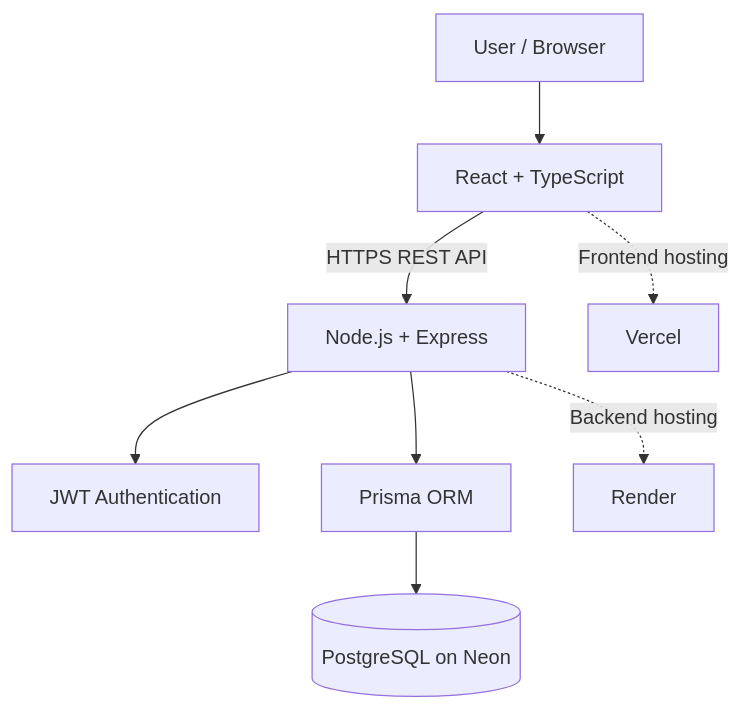
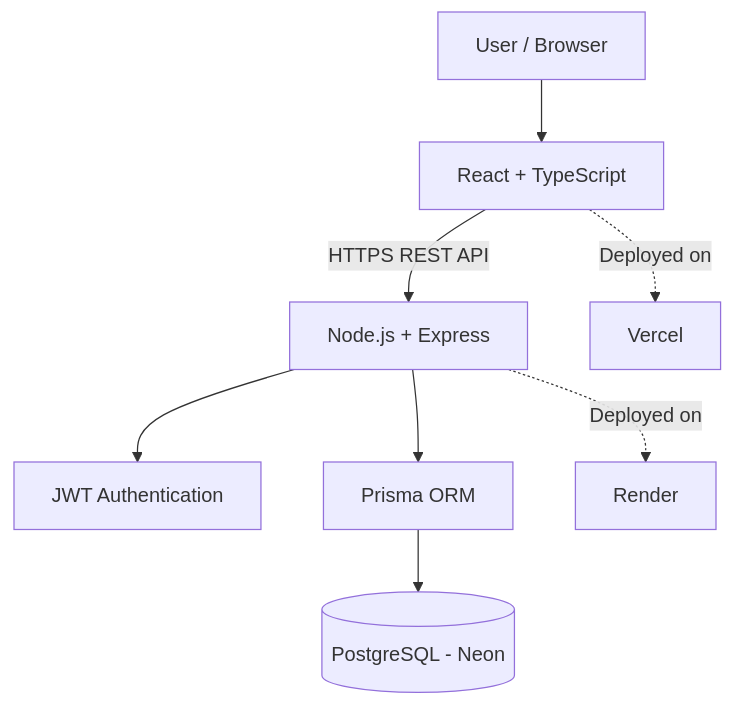
Before and after one commit to Gaurangi2904/Safenet: the diagram in README.md, drawn with Mermaid. The commit also changed other lines of this file, not shown here.

````diff
--- a/README.md
+++ b/README.md
@@ -82,10 +70,10 @@
 ```mermaid
 flowchart TD
     A[User / Browser] --> B[React + TypeScript]
     B -->|HTTPS REST API| C[Node.js + Express]
     C --> D[JWT Authentication]
     C --> E[Prisma ORM]
-    E --> F[(PostgreSQL on Neon)]
-    B -. Frontend hosting .-> G[Vercel]
-    C -. Backend hosting .-> H[Render]
+    E --> F[(PostgreSQL - Neon)]
+    B -. Deployed on .-> G[Vercel]
+    C -. Deployed on .-> H[Render]
 ```
````
